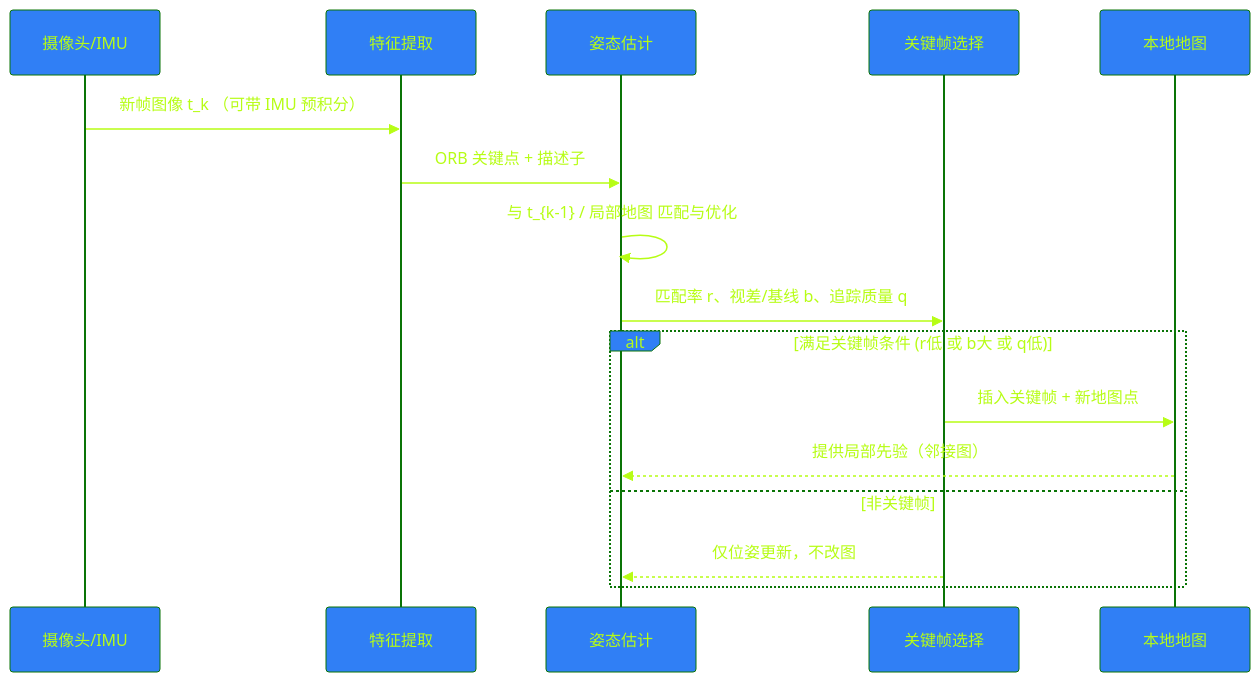
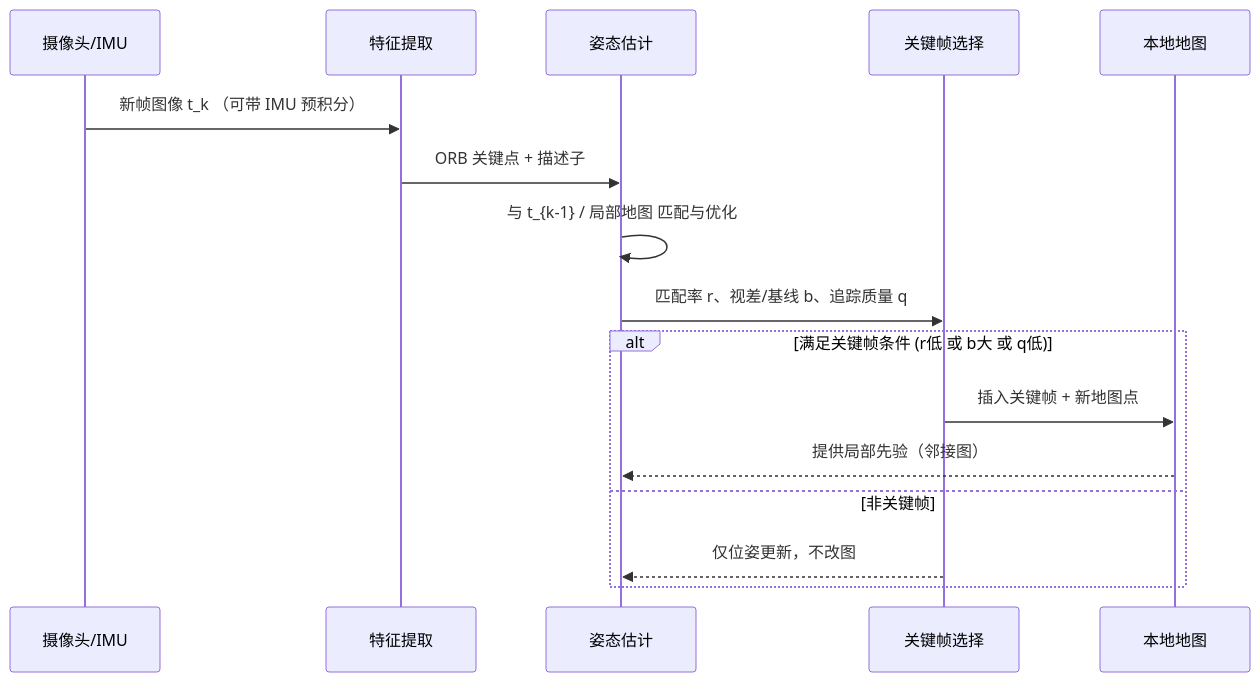
The third of 8 diagrams in slides.md (zhaolin191544/csgo), drawn with Mermaid before and after one commit. The commit also changed other lines of this file and 2 other files, not shown here.

````diff
--- a/slides.md
+++ b/slides.md
@@ -177,32 +203,19 @@
 ```mermaid
-%%{init: {"theme": "base", "themeVariables": {
-  "primaryColor": "#307ff5ff",
-  "primaryTextColor": "#b7fd15ff",
-  "primaryBorderColor": "#0a7406ff",
-
-  "lineColor": "#0066cc",
-  "secondaryColor": "#ccffcc",
-  "tertiaryColor": "#ccccff",
-
-  "fontSize": "20px",
-  "fontFamily": "Arial",
-  "background": "#f5f5f5"
-}}}%%
 sequenceDiagram
     participant Cam as 摄像头/IMU
     participant Feat as 特征提取
     participant Pose as 姿态估计
     participant KF as 关键帧选择
     participant LMap as 本地地图
 
     Cam->>Feat: 新帧图像 t_k （可带 IMU 预积分）
     Feat->>Pose: ORB 关键点 + 描述子
     Pose->>Pose: 与 t_{k-1} / 局部地图 匹配与优化
     Pose->>KF: 匹配率 r、视差/基线 b、追踪质量 q
     alt 满足关键帧条件 (r低 或 b大 或 q低)
         KF->>LMap: 插入关键帧 + 新地图点
         LMap-->>Pose: 提供局部先验（邻接图）
     else 非关键帧
         KF-->>Pose: 仅位姿更新，不改图
     end
 ```
````
